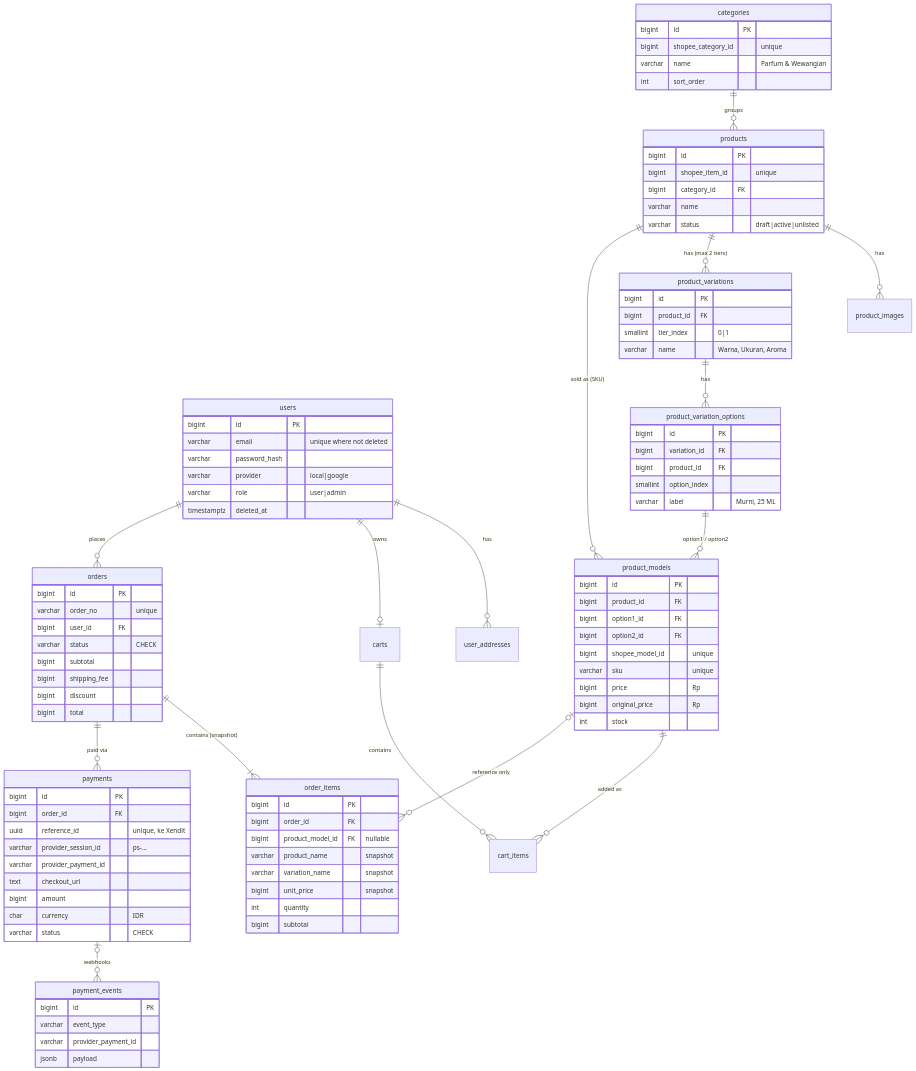
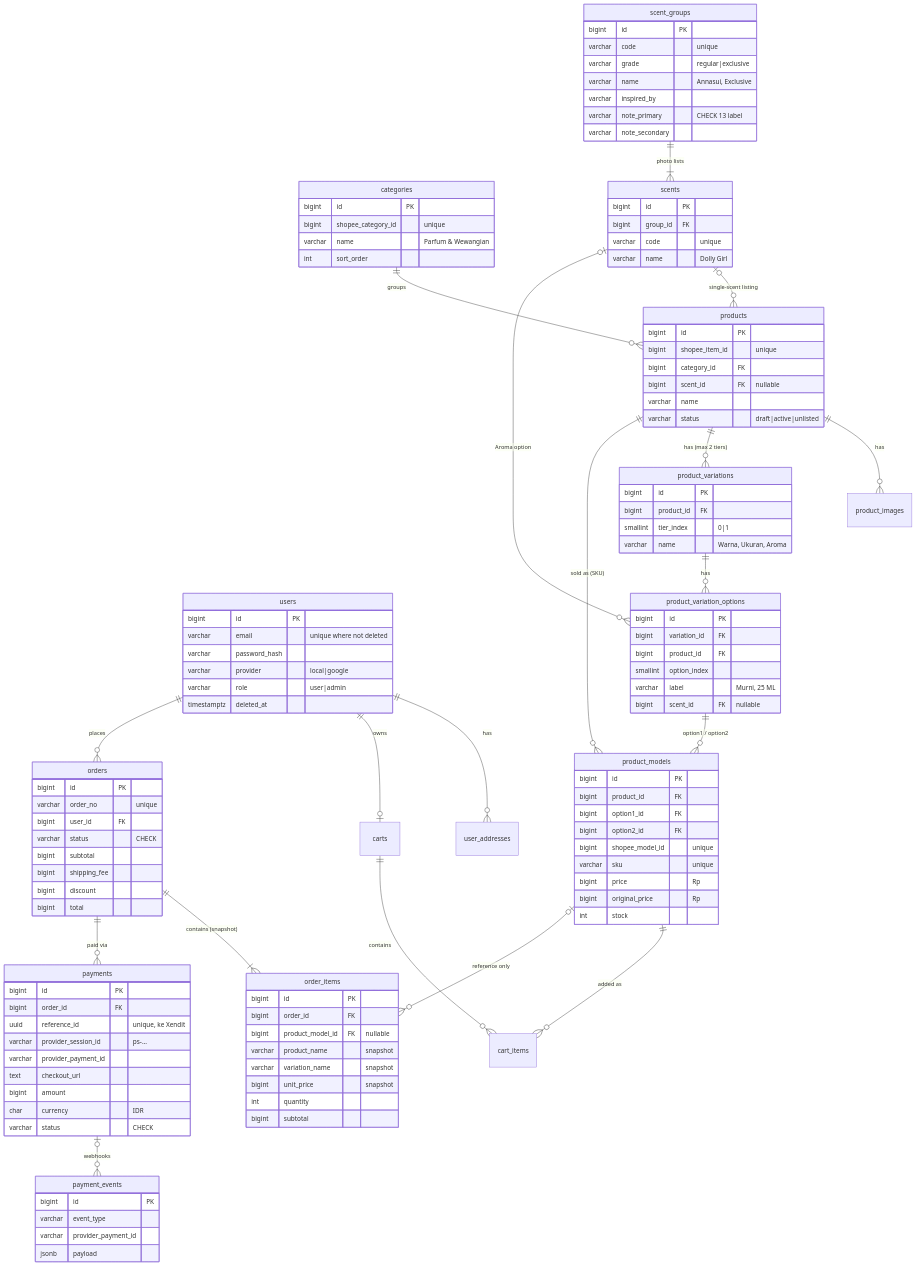
One commit to JordanAryaLeksana/Station-parfume-backend changed the diagram in docs/schema/README.md. Above: the diagram before and after it, drawn with Mermaid. The commit also changed other lines of this file and 13 other files, not shown here.

First line of the commit message:
feat(catalog): scent structure from product photos (regular/exclusive groups)

```diff
--- a/docs/schema/README.md
+++ b/docs/schema/README.md
@@ -70,6 +90,9 @@
     users ||--o{ orders : places
 
     categories ||--o{ products : "groups"
+    scent_groups ||--|{ scents : "photo lists"
+    scents |o--o{ products : "single-scent listing"
+    scents |o--o{ product_variation_options : "Aroma option"
     products ||--o{ product_images : has
     products ||--o{ product_variations : "has (max 2 tiers)"
     product_variations ||--o{ product_variation_options : has
@@ -92,6 +115,21 @@
         varchar role "user|admin"
         timestamptz deleted_at
     }
+    scent_groups {
+        bigint id PK
+        varchar code "unique"
+        varchar grade "regular|exclusive"
+        varchar name "Annasui, Exclusive"
+        varchar inspired_by
+        varchar note_primary "CHECK 13 label"
+        varchar note_secondary
+    }
+    scents {
+        bigint id PK
+        bigint group_id FK
+        varchar code "unique"
+        varchar name "Dolly Girl"
+    }
     categories {
         bigint id PK
         bigint shopee_category_id "unique"
@@ -102,6 +140,7 @@
         bigint id PK
         bigint shopee_item_id "unique"
         bigint category_id FK
+        bigint scent_id FK "nullable"
         varchar name
         varchar status "draft|active|unlisted"
     }
@@ -117,6 +156,7 @@
         bigint product_id FK
         smallint option_index
         varchar label "Murni, 25 ML"
+        bigint scent_id FK "nullable"
     }
     product_models {
         bigint id PK
```
